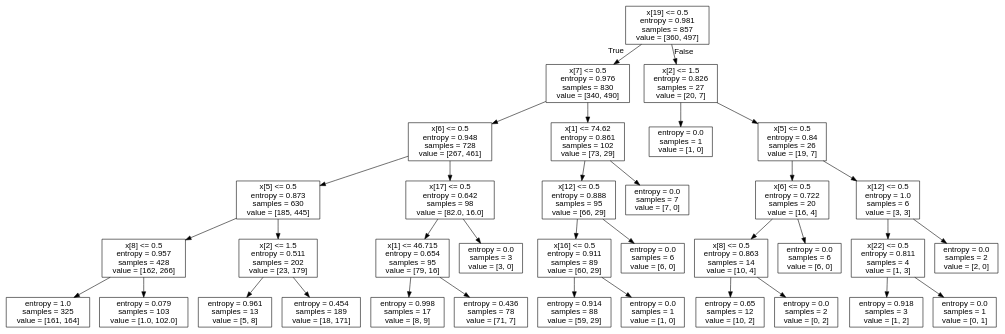
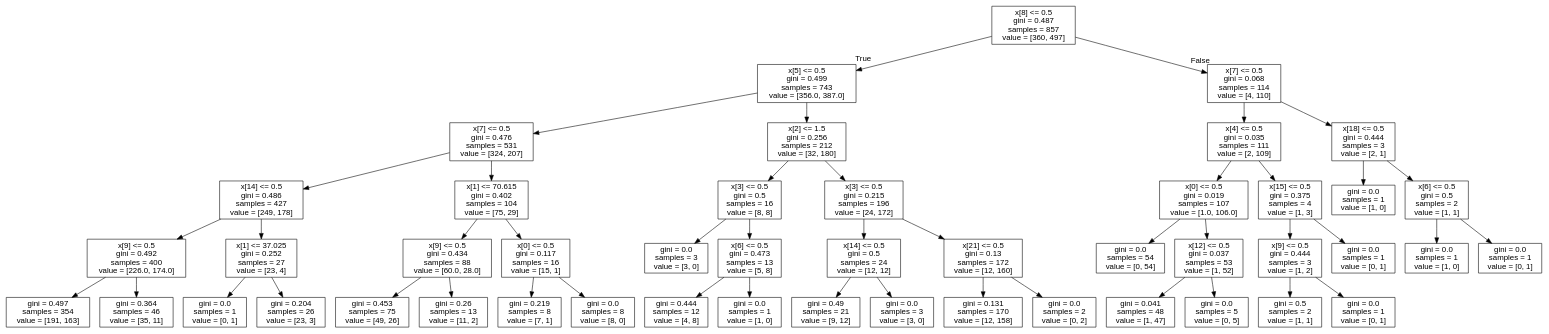
Before and after one commit to Cristy17001/IA-Project2: the diagram in mutations_graph.dot, drawn with Graphviz. The commit also changed 2 other files, not shown here.

```diff
--- a/mutations_graph.dot
+++ b/mutations_graph.dot
@@ -1,73 +1,97 @@
 digraph Tree {
 node [shape=box, fontname="helvetica"] ;
 edge [fontname="helvetica"] ;
-0 [label="x[19] <= 0.5\nentropy = 0.981\nsamples = 857\nvalue = [360, 497]"] ;
-1 [label="x[7] <= 0.5\nentropy = 0.976\nsamples = 830\nvalue = [340, 490]"] ;
+0 [label="x[8] <= 0.5\ngini = 0.487\nsamples = 857\nvalue = [360, 497]"] ;
+1 [label="x[5] <= 0.5\ngini = 0.499\nsamples = 743\nvalue = [356.0, 387.0]"] ;
 0 -> 1 [labeldistance=2.5, labelangle=45, headlabel="True"] ;
-2 [label="x[6] <= 0.5\nentropy = 0.948\nsamples = 728\nvalue = [267, 461]"] ;
+2 [label="x[7] <= 0.5\ngini = 0.476\nsamples = 531\nvalue = [324, 207]"] ;
 1 -> 2 ;
-3 [label="x[5] <= 0.5\nentropy = 0.873\nsamples = 630\nvalue = [185, 445]"] ;
+3 [label="x[14] <= 0.5\ngini = 0.486\nsamples = 427\nvalue = [249, 178]"] ;
 2 -> 3 ;
-4 [label="x[8] <= 0.5\nentropy = 0.957\nsamples = 428\nvalue = [162, 266]"] ;
+4 [label="x[9] <= 0.5\ngini = 0.492\nsamples = 400\nvalue = [226.0, 174.0]"] ;
 3 -> 4 ;
-5 [label="entropy = 1.0\nsamples = 325\nvalue = [161, 164]"] ;
+5 [label="gini = 0.497\nsamples = 354\nvalue = [191, 163]"] ;
 4 -> 5 ;
-6 [label="entropy = 0.079\nsamples = 103\nvalue = [1.0, 102.0]"] ;
+6 [label="gini = 0.364\nsamples = 46\nvalue = [35, 11]"] ;
 4 -> 6 ;
-7 [label="x[2] <= 1.5\nentropy = 0.511\nsamples = 202\nvalue = [23, 179]"] ;
+7 [label="x[1] <= 37.025\ngini = 0.252\nsamples = 27\nvalue = [23, 4]"] ;
 3 -> 7 ;
-8 [label="entropy = 0.961\nsamples = 13\nvalue = [5, 8]"] ;
+8 [label="gini = 0.0\nsamples = 1\nvalue = [0, 1]"] ;
 7 -> 8 ;
-9 [label="entropy = 0.454\nsamples = 189\nvalue = [18, 171]"] ;
+9 [label="gini = 0.204\nsamples = 26\nvalue = [23, 3]"] ;
 7 -> 9 ;
-10 [label="x[17] <= 0.5\nentropy = 0.642\nsamples = 98\nvalue = [82.0, 16.0]"] ;
+10 [label="x[1] <= 70.615\ngini = 0.402\nsamples = 104\nvalue = [75, 29]"] ;
 2 -> 10 ;
-11 [label="x[1] <= 46.715\nentropy = 0.654\nsamples = 95\nvalue = [79, 16]"] ;
+11 [label="x[9] <= 0.5\ngini = 0.434\nsamples = 88\nvalue = [60.0, 28.0]"] ;
 10 -> 11 ;
-12 [label="entropy = 0.998\nsamples = 17\nvalue = [8, 9]"] ;
+12 [label="gini = 0.453\nsamples = 75\nvalue = [49, 26]"] ;
 11 -> 12 ;
-13 [label="entropy = 0.436\nsamples = 78\nvalue = [71, 7]"] ;
+13 [label="gini = 0.26\nsamples = 13\nvalue = [11, 2]"] ;
 11 -> 13 ;
-14 [label="entropy = 0.0\nsamples = 3\nvalue = [3, 0]"] ;
+14 [label="x[0] <= 0.5\ngini = 0.117\nsamples = 16\nvalue = [15, 1]"] ;
 10 -> 14 ;
-15 [label="x[1] <= 74.62\nentropy = 0.861\nsamples = 102\nvalue = [73, 29]"] ;
-1 -> 15 ;
-16 [label="x[12] <= 0.5\nentropy = 0.888\nsamples = 95\nvalue = [66, 29]"] ;
-15 -> 16 ;
-17 [label="x[16] <= 0.5\nentropy = 0.911\nsamples = 89\nvalue = [60, 29]"] ;
-16 -> 17 ;
-18 [label="entropy = 0.914\nsamples = 88\nvalue = [59, 29]"] ;
+15 [label="gini = 0.219\nsamples = 8\nvalue = [7, 1]"] ;
+14 -> 15 ;
+16 [label="gini = 0.0\nsamples = 8\nvalue = [8, 0]"] ;
+14 -> 16 ;
+17 [label="x[2] <= 1.5\ngini = 0.256\nsamples = 212\nvalue = [32, 180]"] ;
+1 -> 17 ;
+18 [label="x[3] <= 0.5\ngini = 0.5\nsamples = 16\nvalue = [8, 8]"] ;
 17 -> 18 ;
-19 [label="entropy = 0.0\nsamples = 1\nvalue = [1, 0]"] ;
-17 -> 19 ;
-20 [label="entropy = 0.0\nsamples = 6\nvalue = [6, 0]"] ;
-16 -> 20 ;
-21 [label="entropy = 0.0\nsamples = 7\nvalue = [7, 0]"] ;
-15 -> 21 ;
-22 [label="x[2] <= 1.5\nentropy = 0.826\nsamples = 27\nvalue = [20, 7]"] ;
-0 -> 22 [labeldistance=2.5, labelangle=-45, headlabel="False"] ;
-23 [label="entropy = 0.0\nsamples = 1\nvalue = [1, 0]"] ;
-22 -> 23 ;
-24 [label="x[5] <= 0.5\nentropy = 0.84\nsamples = 26\nvalue = [19, 7]"] ;
-22 -> 24 ;
-25 [label="x[6] <= 0.5\nentropy = 0.722\nsamples = 20\nvalue = [16, 4]"] ;
+19 [label="gini = 0.0\nsamples = 3\nvalue = [3, 0]"] ;
+18 -> 19 ;
+20 [label="x[6] <= 0.5\ngini = 0.473\nsamples = 13\nvalue = [5, 8]"] ;
+18 -> 20 ;
+21 [label="gini = 0.444\nsamples = 12\nvalue = [4, 8]"] ;
+20 -> 21 ;
+22 [label="gini = 0.0\nsamples = 1\nvalue = [1, 0]"] ;
+20 -> 22 ;
+23 [label="x[3] <= 0.5\ngini = 0.215\nsamples = 196\nvalue = [24, 172]"] ;
+17 -> 23 ;
+24 [label="x[14] <= 0.5\ngini = 0.5\nsamples = 24\nvalue = [12, 12]"] ;
+23 -> 24 ;
+25 [label="gini = 0.49\nsamples = 21\nvalue = [9, 12]"] ;
 24 -> 25 ;
-26 [label="x[8] <= 0.5\nentropy = 0.863\nsamples = 14\nvalue = [10, 4]"] ;
-25 -> 26 ;
-27 [label="entropy = 0.65\nsamples = 12\nvalue = [10, 2]"] ;
-26 -> 27 ;
-28 [label="entropy = 0.0\nsamples = 2\nvalue = [0, 2]"] ;
-26 -> 28 ;
-29 [label="entropy = 0.0\nsamples = 6\nvalue = [6, 0]"] ;
-25 -> 29 ;
-30 [label="x[12] <= 0.5\nentropy = 1.0\nsamples = 6\nvalue = [3, 3]"] ;
-24 -> 30 ;
-31 [label="x[22] <= 0.5\nentropy = 0.811\nsamples = 4\nvalue = [1, 3]"] ;
+26 [label="gini = 0.0\nsamples = 3\nvalue = [3, 0]"] ;
+24 -> 26 ;
+27 [label="x[21] <= 0.5\ngini = 0.13\nsamples = 172\nvalue = [12, 160]"] ;
+23 -> 27 ;
+28 [label="gini = 0.131\nsamples = 170\nvalue = [12, 158]"] ;
+27 -> 28 ;
+29 [label="gini = 0.0\nsamples = 2\nvalue = [0, 2]"] ;
+27 -> 29 ;
+30 [label="x[7] <= 0.5\ngini = 0.068\nsamples = 114\nvalue = [4, 110]"] ;
+0 -> 30 [labeldistance=2.5, labelangle=-45, headlabel="False"] ;
+31 [label="x[4] <= 0.5\ngini = 0.035\nsamples = 111\nvalue = [2, 109]"] ;
 30 -> 31 ;
-32 [label="entropy = 0.918\nsamples = 3\nvalue = [1, 2]"] ;
+32 [label="x[0] <= 0.5\ngini = 0.019\nsamples = 107\nvalue = [1.0, 106.0]"] ;
 31 -> 32 ;
-33 [label="entropy = 0.0\nsamples = 1\nvalue = [0, 1]"] ;
-31 -> 33 ;
-34 [label="entropy = 0.0\nsamples = 2\nvalue = [2, 0]"] ;
-30 -> 34 ;
+33 [label="gini = 0.0\nsamples = 54\nvalue = [0, 54]"] ;
+32 -> 33 ;
+34 [label="x[12] <= 0.5\ngini = 0.037\nsamples = 53\nvalue = [1, 52]"] ;
+32 -> 34 ;
+35 [label="gini = 0.041\nsamples = 48\nvalue = [1, 47]"] ;
+34 -> 35 ;
+36 [label="gini = 0.0\nsamples = 5\nvalue = [0, 5]"] ;
+34 -> 36 ;
+37 [label="x[15] <= 0.5\ngini = 0.375\nsamples = 4\nvalue = [1, 3]"] ;
+31 -> 37 ;
+38 [label="x[9] <= 0.5\ngini = 0.444\nsamples = 3\nvalue = [1, 2]"] ;
+37 -> 38 ;
+39 [label="gini = 0.5\nsamples = 2\nvalue = [1, 1]"] ;
+38 -> 39 ;
+40 [label="gini = 0.0\nsamples = 1\nvalue = [0, 1]"] ;
+38 -> 40 ;
+41 [label="gini = 0.0\nsamples = 1\nvalue = [0, 1]"] ;
+37 -> 41 ;
+42 [label="x[18] <= 0.5\ngini = 0.444\nsamples = 3\nvalue = [2, 1]"] ;
+30 -> 42 ;
+43 [label="gini = 0.0\nsamples = 1\nvalue = [1, 0]"] ;
+42 -> 43 ;
+44 [label="x[6] <= 0.5\ngini = 0.5\nsamples = 2\nvalue = [1, 1]"] ;
+42 -> 44 ;
+45 [label="gini = 0.0\nsamples = 1\nvalue = [1, 0]"] ;
+44 -> 45 ;
+46 [label="gini = 0.0\nsamples = 1\nvalue = [0, 1]"] ;
+44 -> 46 ;
 }
```
